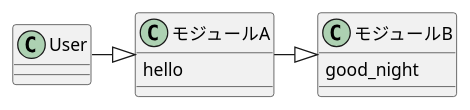
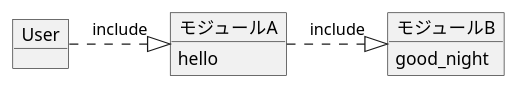
One commit to chiku-wa/RubyTest changed the diagram in section08/08_09/08_09_02.plantuml. Above: the diagram before and after it, drawn with PlantUML. The commit also changed 5 other files, not shown here.

Commit message:
[change]Modify plantuml image.

```diff
--- a/section08/08_09/08_09_02.plantuml
+++ b/section08/08_09/08_09_02.plantuml
@@ -1,9 +1,17 @@
-class モジュールA {
+@startuml
+
+object モジュールA {
   hello
 }
-class モジュールB {
+
+object モジュールB {
   good_night
 }
 
-User -r-|> モジュールA
-モジュールA -r-|> モジュールB
+object User {
+}
+
+User .r.|> モジュールA:include
+モジュールA .r.|> モジュールB:include
+
+@enduml
```
